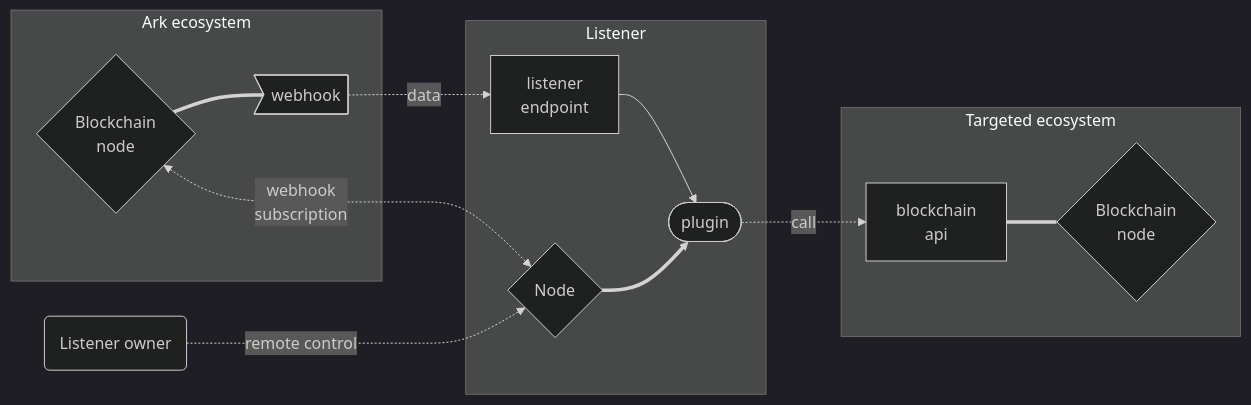
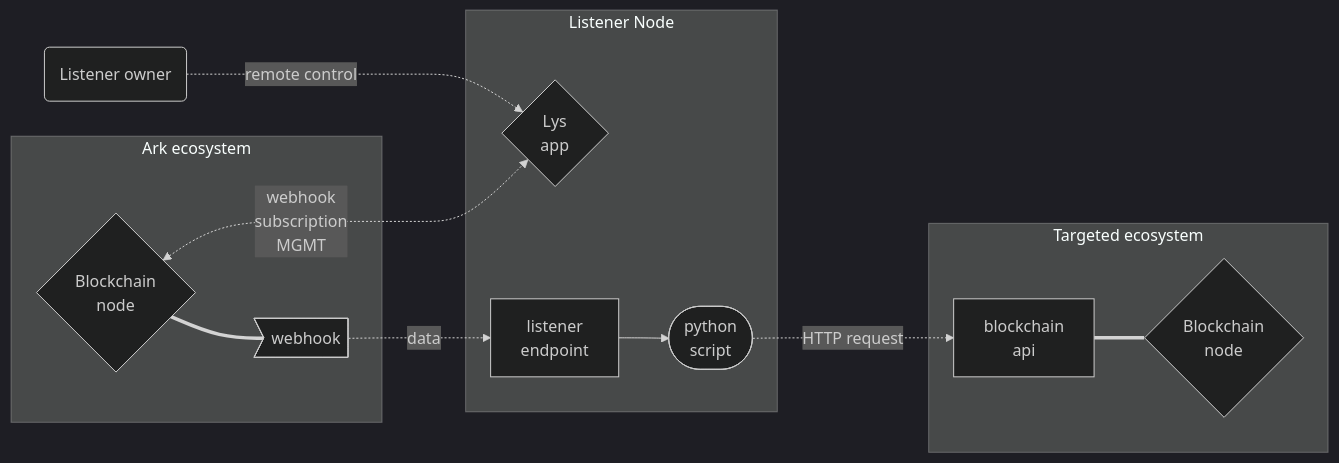
Before and after one commit to Moustikitos/ark-listener: the first of 2 diagrams in uml/usecases.md, drawn with Mermaid (dark theme).

Commit message:
uml doc update

````diff
--- a/uml/usecases.md
+++ b/uml/usecases.md
@@ -2,30 +2,30 @@
 ```mermaid
 flowchart LR
     U(Listener owner)
-    L{Node}
+    L{Lys<br/>app}
     l_api[listener<br/>endpoint]
     ark{Blockchain<br/>node}
-    plg1([plugin])
+    plg1([python<br/>script])
     whk>webhook]
     BC{Blockchain<br/>node}
     t_api[blockchain<br/>api]
 
     U -..->|remote control| L
 
-    ark <-.->|webhook<br/>subscription| L
+    ark <-.->|webhook<br/>subscription<br/>MGMT| L
     subgraph Ark ecosystem
         ark === whk
     end
 
     subgraph Targeted ecosystem
         t_api === BC
     end
 
-    subgraph Listener
+    subgraph Listener Node
         l_api --> plg1
-        L ==> plg1
+        L
     end
 
     whk -.->|data| l_api
-    plg1 -.->|call| t_api
+    plg1 -.->|HTTP request| t_api
 ```
````
